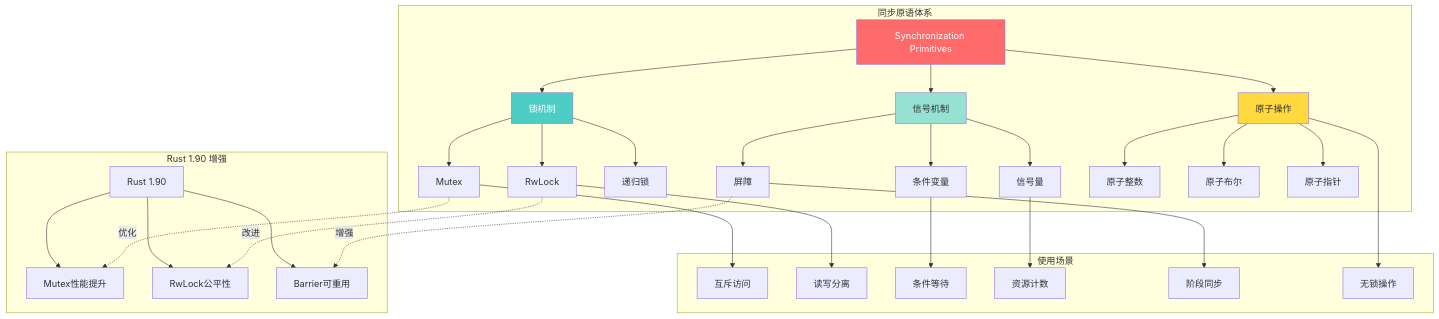
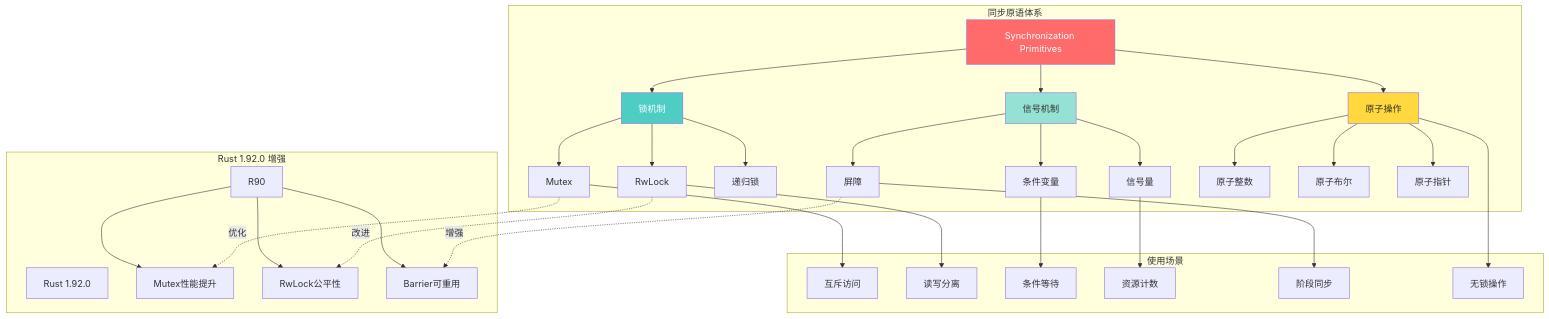
The first of 2 diagrams in crates/c05_threads/docs/02_thread_synchronization.md (martin-ly/rust-lang), drawn with Mermaid before and after one commit. The commit also changed other lines of this file and 290 other files, not shown here.

````diff
--- a/crates/c05_threads/docs/02_thread_synchronization.md
+++ b/crates/c05_threads/docs/02_thread_synchronization.md
@@ -65,47 +65,47 @@
 ```mermaid
 graph TB
     subgraph "同步原语体系"
         SP[Synchronization Primitives]
 
         SP --> Locks[锁机制]
         SP --> Signaling[信号机制]
         SP --> Atomic[原子操作]
 
         Locks --> Mutex[Mutex]
         Locks --> RwLock[RwLock]
         Locks --> Recursive[递归锁]
 
         Signaling --> Condvar[条件变量]
         Signaling --> Semaphore[信号量]
         Signaling --> Barrier[屏障]
 
         Atomic --> AtomicInt[原子整数]
         Atomic --> AtomicBool[原子布尔]
         Atomic --> AtomicPtr[原子指针]
     end
 
     subgraph "使用场景"
         Mutex --> S1[互斥访问]
         RwLock --> S2[读写分离]
         Condvar --> S3[条件等待]
         Semaphore --> S4[资源计数]
         Barrier --> S5[阶段同步]
         Atomic --> S6[无锁操作]
     end
 
-    subgraph "Rust 1.90 增强"
-        R90[Rust 1.90]
+    subgraph "Rust 1.92.0 增强"
+        R92[Rust 1.92.0]
         R90 --> E1[Mutex性能提升]
         R90 --> E2[RwLock公平性]
         R90 --> E3[Barrier可重用]
 
         Mutex -.优化.-> E1
         RwLock -.改进.-> E2
         Barrier -.增强.-> E3
     end
 
     style SP fill:#ff6b6b,color:#fff
     style Locks fill:#4ecdc4,color:#fff
     style Signaling fill:#95e1d3,color:#333
     style Atomic fill:#ffd93d,color:#333
 ```
````
